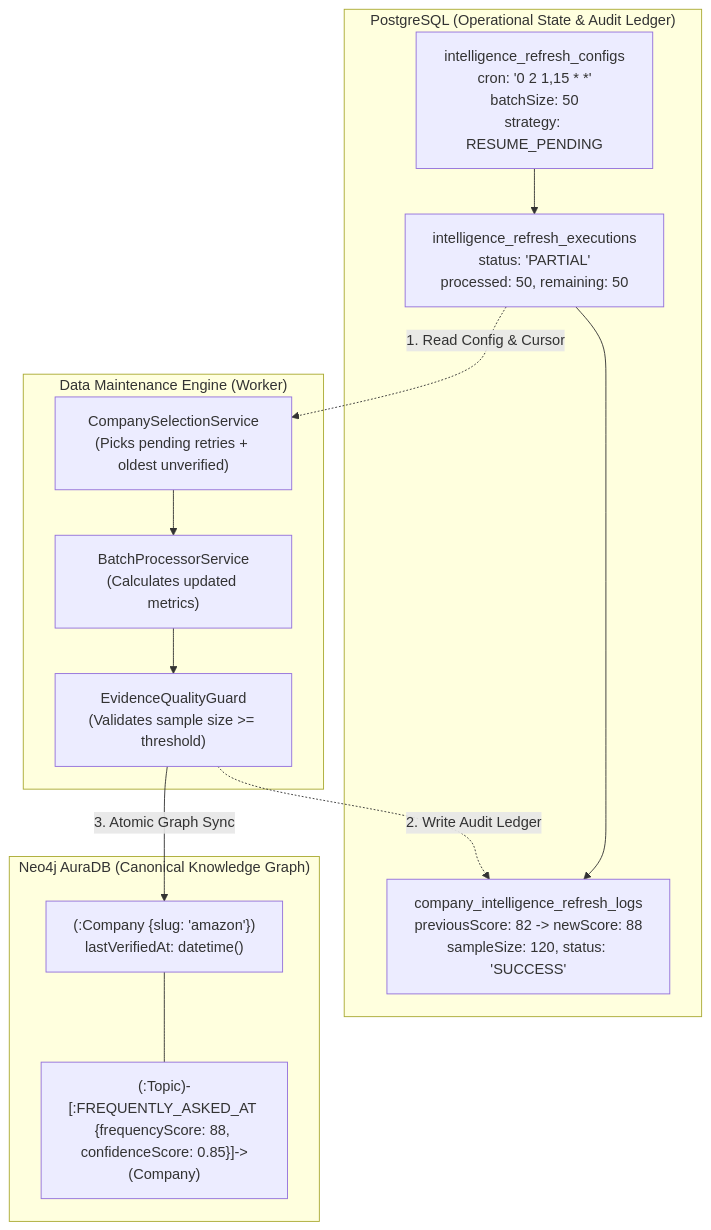
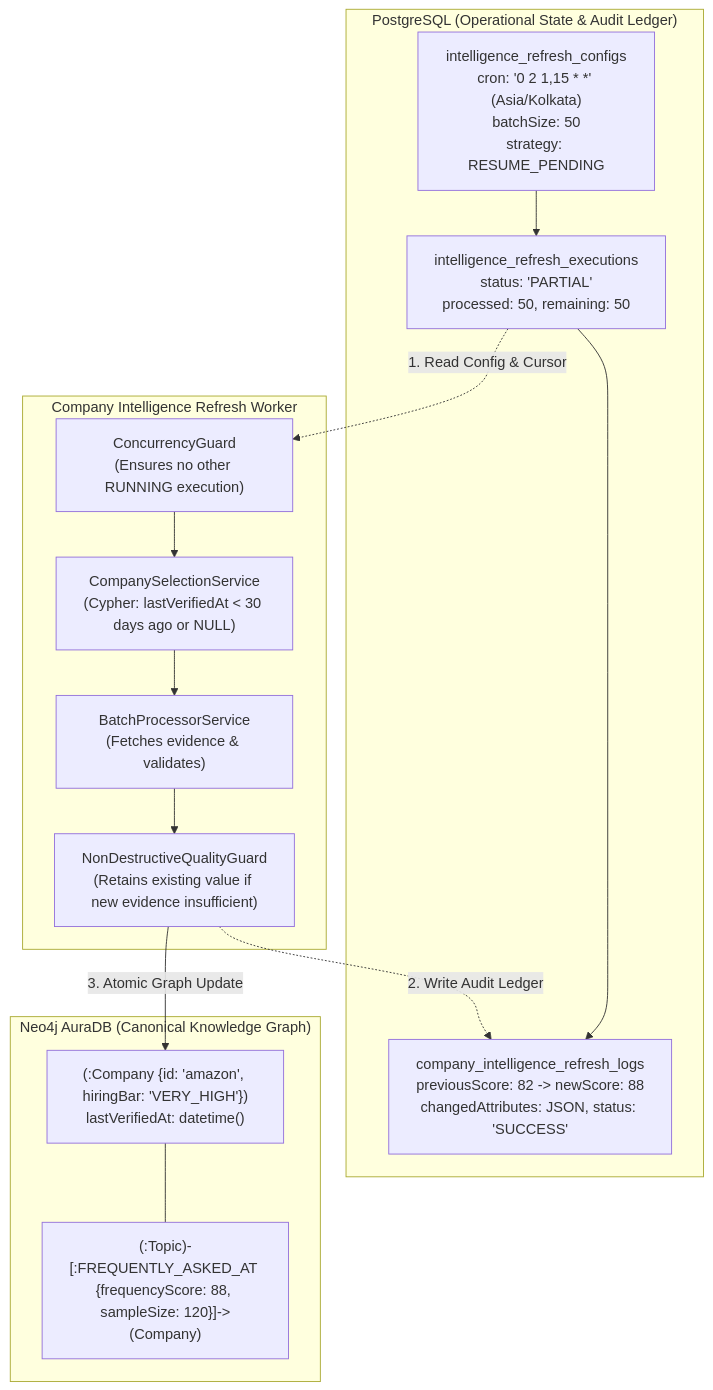
Before and after one commit to imsauravsingh/prepinminutes-backend: the fifth of 5 diagrams in docs/CROSS_CUTTING_INTELLIGENCE_SPEC.md, drawn with Mermaid. The commit also changed other lines of this file and 9 other files, not shown here.

Commit message:
feat(data-architecture): complete DATA-P0-01 and DATA-P0-02 universal schema and local migration

````diff
--- a/docs/CROSS_CUTTING_INTELLIGENCE_SPEC.md
+++ b/docs/CROSS_CUTTING_INTELLIGENCE_SPEC.md
@@ -462,26 +462,27 @@
 ```mermaid
 flowchart TD
   subgraph POSTGRES_OPERATIONAL["PostgreSQL (Operational State & Audit Ledger)"]
-    CONFIG["intelligence_refresh_configs<br/>cron: '0 2 1,15 * *'<br/>batchSize: 50<br/>strategy: RESUME_PENDING"]
+    CONFIG["intelligence_refresh_configs<br/>cron: '0 2 1,15 * *' (Asia/Kolkata)<br/>batchSize: 50<br/>strategy: RESUME_PENDING"]
     EXEC["intelligence_refresh_executions<br/>status: 'PARTIAL'<br/>processed: 50, remaining: 50"]
-    LOG["company_intelligence_refresh_logs<br/>previousScore: 82 -> newScore: 88<br/>sampleSize: 120, status: 'SUCCESS'"]
+    LOG["company_intelligence_refresh_logs<br/>previousScore: 82 -> newScore: 88<br/>changedAttributes: JSON, status: 'SUCCESS'"]
     CONFIG --> EXEC --> LOG
   end
 
-  subgraph ENGINE["Data Maintenance Engine (Worker)"]
-    SELECTOR["CompanySelectionService<br/>(Picks pending retries + oldest unverified)"]
-    PROCESSOR["BatchProcessorService<br/>(Calculates updated metrics)"]
-    GUARD["EvidenceQualityGuard<br/>(Validates sample size >= threshold)"]
-    SELECTOR --> PROCESSOR --> GUARD
+  subgraph ENGINE["Company Intelligence Refresh Worker"]
+    GUARD_RUN["ConcurrencyGuard<br/>(Ensures no other RUNNING execution)"]
+    SELECTOR["CompanySelectionService<br/>(Cypher: lastVerifiedAt < 30 days ago or NULL)"]
+    PROCESSOR["BatchProcessorService<br/>(Fetches evidence & validates)"]
+    SAFEGUARD["NonDestructiveQualityGuard<br/>(Retains existing value if new evidence insufficient)"]
+    GUARD_RUN --> SELECTOR --> PROCESSOR --> SAFEGUARD
   end
 
   subgraph NEO4J_GRAPH["Neo4j AuraDB (Canonical Knowledge Graph)"]
-    NODE["(:Company {slug: 'amazon'})<br/>lastVerifiedAt: datetime()"]
-    EDGE["(:Topic)-[:FREQUENTLY_ASKED_AT {frequencyScore: 88, confidenceScore: 0.85}]->(Company)"]
+    NODE["(:Company {id: 'amazon', hiringBar: 'VERY_HIGH'})<br/>lastVerifiedAt: datetime()"]
+    EDGE["(:Topic)-[:FREQUENTLY_ASKED_AT {frequencyScore: 88, sampleSize: 120}]->(Company)"]
     NODE --- EDGE
   end
 
-  EXEC -.->|"1. Read Config & Cursor"| SELECTOR
-  GUARD -.->|"2. Write Audit Ledger"| LOG
-  GUARD -->|"3. Atomic Graph Sync"| NODE
+  EXEC -.->|"1. Read Config & Cursor"| GUARD_RUN
+  SAFEGUARD -.->|"2. Write Audit Ledger"| LOG
+  SAFEGUARD -->|"3. Atomic Graph Update"| NODE
 ```
````
